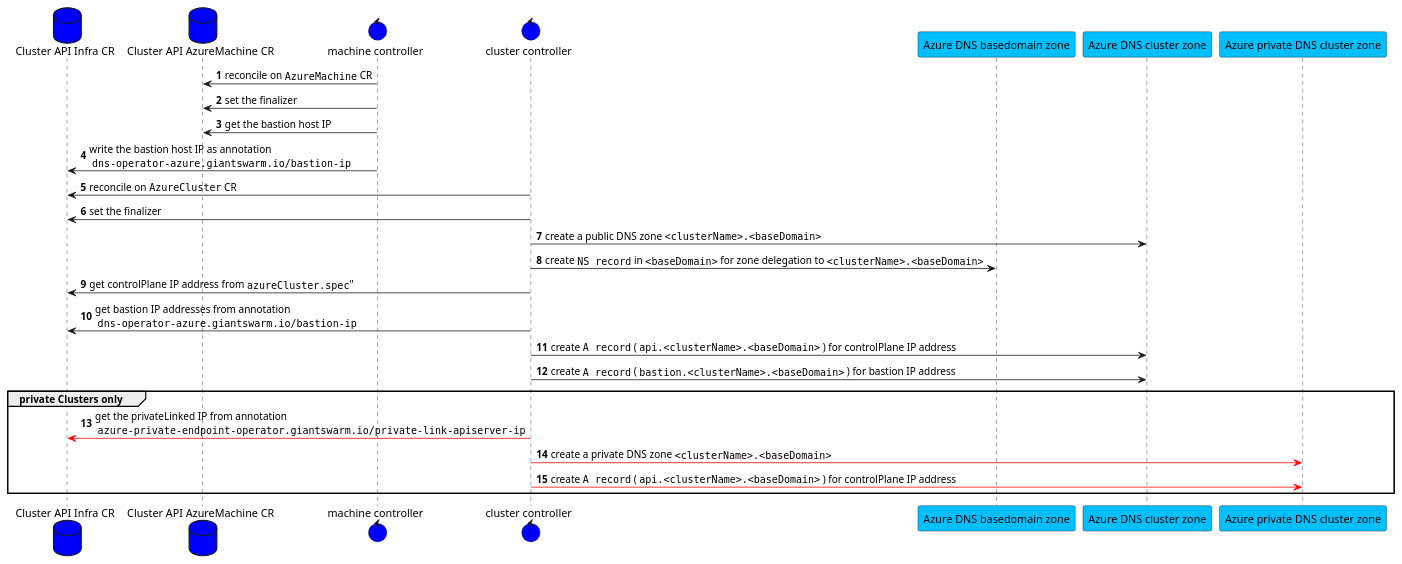
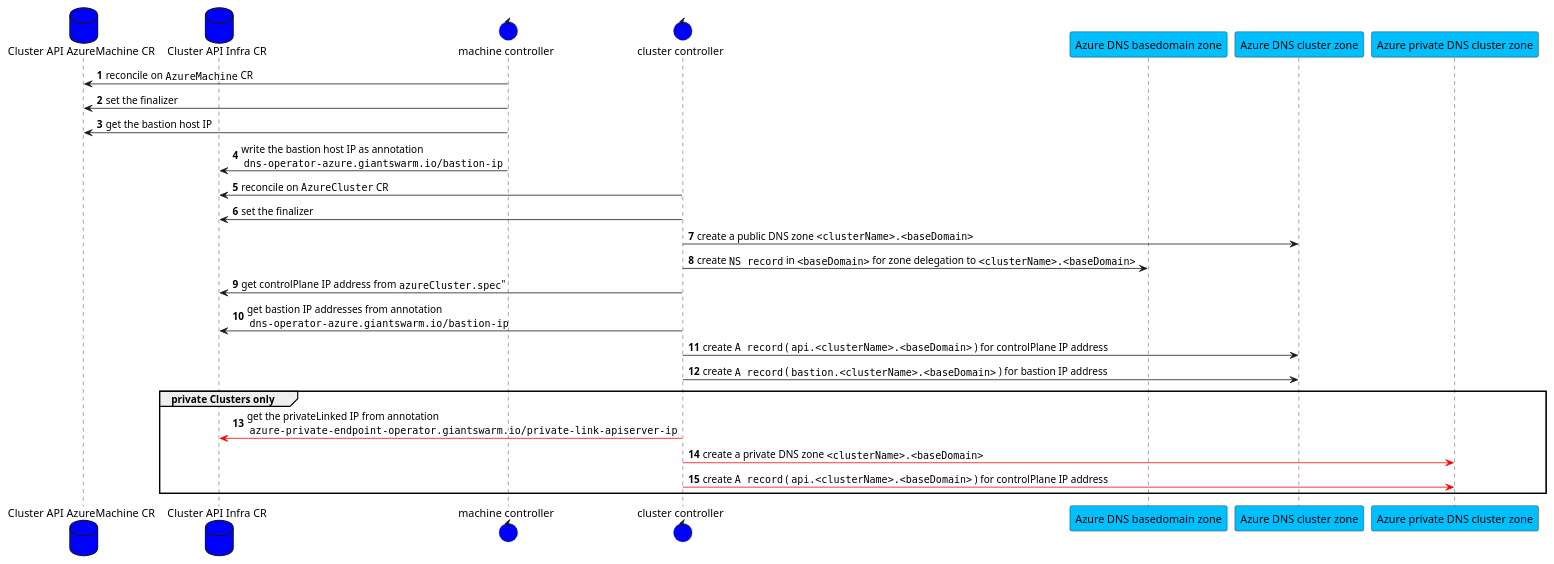
One commit to giantswarm/dns-operator-azure changed the diagram in dns-operator.puml. Above: the diagram before and after it, drawn with PlantUML. The commit also changed other lines of this file and 1 other file, not shown here.

Commit message:
change ordering in sequence diagram

```diff
--- a/dns-operator.puml
+++ b/dns-operator.puml
@@ -1,41 +1,41 @@
 @startuml
 autonumber
 
+database "Cluster API AzureMachine CR" as capzMachineCR #blue
 database "Cluster API Infra CR" as capiInfraCR #blue
-database "Cluster API AzureMachine CR" as capzMachineCR #blue
 
 control "machine controller" as dnsOperatorMachineController #blue
 control "cluster controller" as dnsOperatorClusterController #blue
 
 
 participant "Azure DNS basedomain zone" as azureDNSBasedomainZone #DeepSkyBlue
 participant "Azure DNS cluster zone" as azureDNSClusterZone #DeepSkyBlue
 
 participant "Azure private DNS cluster zone" as azurePrivateDNSClusterZone #DeepSkyBlue
 
 dnsOperatorMachineController -> capzMachineCR: reconcile on ""AzureMachine"" CR
 dnsOperatorMachineController -> capzMachineCR: set the finalizer
 dnsOperatorMachineController -> capzMachineCR: get the bastion host IP
 dnsOperatorMachineController -> capiInfraCR: write the bastion host IP as annotation\n ""dns-operator-azure.giantswarm.io/bastion-ip""
 
 dnsOperatorClusterController -> capiInfraCR: reconcile on ""AzureCluster"" CR
 dnsOperatorClusterController -> capiInfraCR: set the finalizer
 dnsOperatorClusterController -> azureDNSClusterZone: create a public DNS zone ""<clusterName>.<baseDomain>""
 dnsOperatorClusterController -> azureDNSBasedomainZone: create ""NS record"" in ""<baseDomain>"" for zone delegation to ""<clusterName>.<baseDomain>""
 
 
 dnsOperatorClusterController -> capiInfraCR: get controlPlane IP address from ""azureCluster.spec"""
 dnsOperatorClusterController -> capiInfraCR: get bastion IP addresses from annotation\n ""dns-operator-azure.giantswarm.io/bastion-ip""
 dnsOperatorClusterController -> azureDNSClusterZone: create ""A record"" ( ""api.<clusterName>.<baseDomain>"" ) for controlPlane IP address
 dnsOperatorClusterController -> azureDNSClusterZone: create ""A record"" ( ""bastion.<clusterName>.<baseDomain>"" ) for bastion IP address
 
 group private Clusters only
 
 dnsOperatorClusterController -[#red]> capiInfraCR: get the privateLinked IP from annotation\n ""azure-private-endpoint-operator.giantswarm.io/private-link-apiserver-ip""
 dnsOperatorClusterController -[#red]> azurePrivateDNSClusterZone: create a private DNS zone ""<clusterName>.<baseDomain>""
 dnsOperatorClusterController -[#red]> azurePrivateDNSClusterZone: create ""A record"" ( ""api.<clusterName>.<baseDomain>"" ) for controlPlane IP address
 
 end
 
 
 @enduml
```
